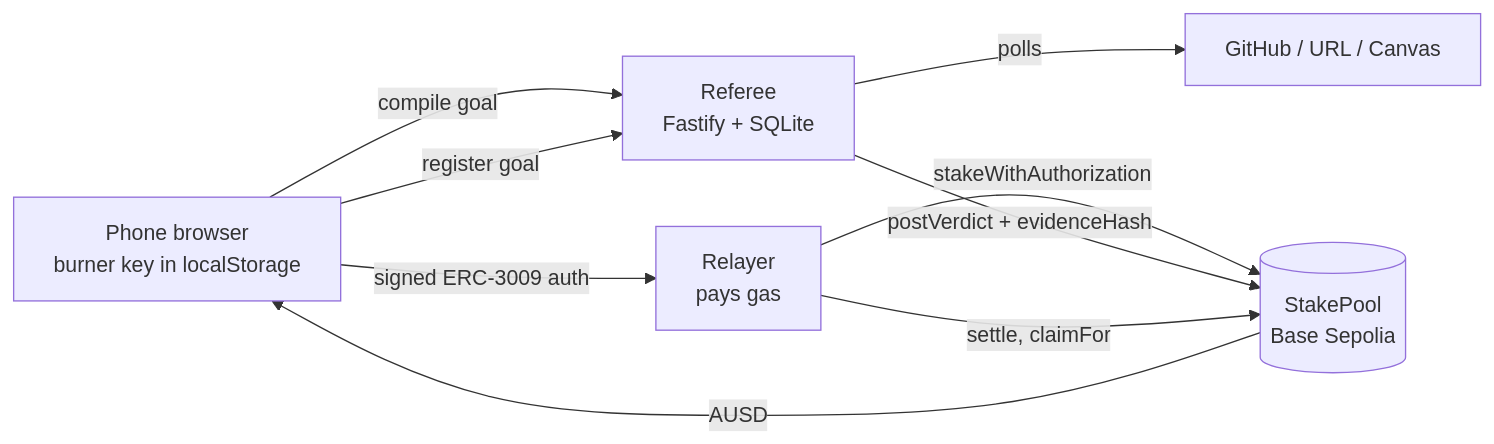
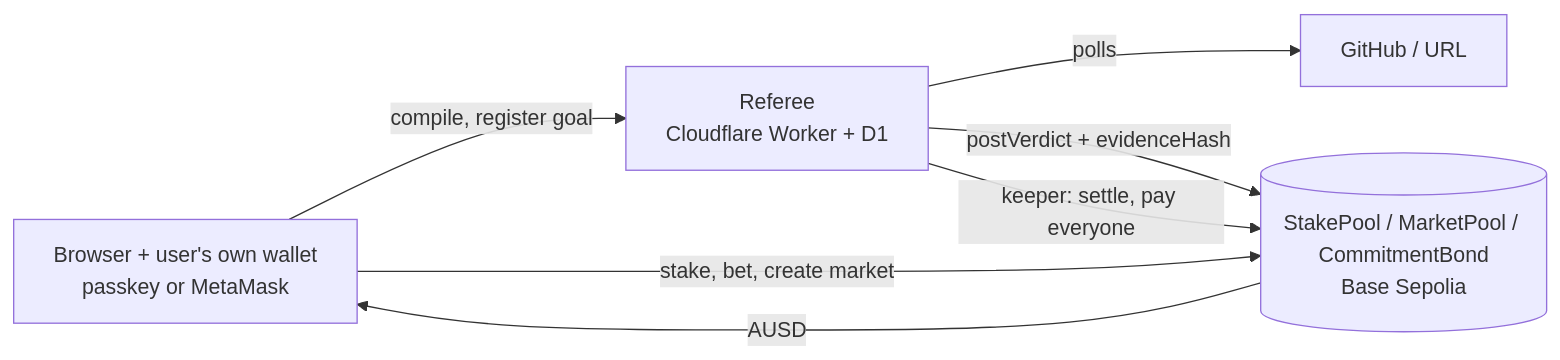
Before and after one commit to cabbles/b-bhacks: the diagram in README.md, drawn with Mermaid. The commit also changed other lines of this file and 11 other files, not shown here.

````diff
--- a/README.md
+++ b/README.md
@@ -35,11 +35,9 @@
 ```mermaid
 flowchart LR
-  U[Phone browser<br/>burner key in localStorage] -->|compile goal| R[Referee<br/>Fastify + SQLite]
-  U -->|signed ERC-3009 auth| L[Relayer<br/>pays gas]
-  L -->|stakeWithAuthorization| P[(StakePool<br/>Base Sepolia)]
-  U -->|register goal| R
-  R -->|polls| G[GitHub / URL / Canvas]
+  U[Browser + user's own wallet<br/>passkey or MetaMask] -->|compile, register goal| R[Referee<br/>Cloudflare Worker + D1]
+  U -->|stake, bet, create market| P[(StakePool / MarketPool / CommitmentBond<br/>Base Sepolia)]
+  R -->|polls| G[GitHub / URL]
   R -->|postVerdict + evidenceHash| P
-  L -->|settle, claimFor| P
+  R -->|keeper: settle, pay everyone| P
   P -->|AUSD| U
 ```
````
